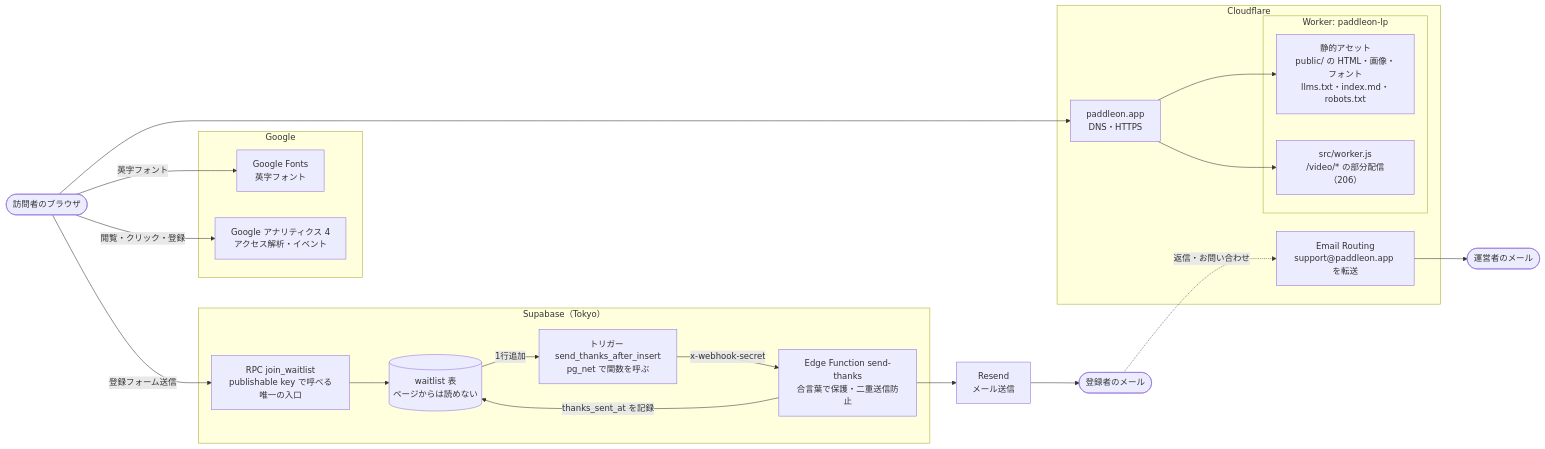
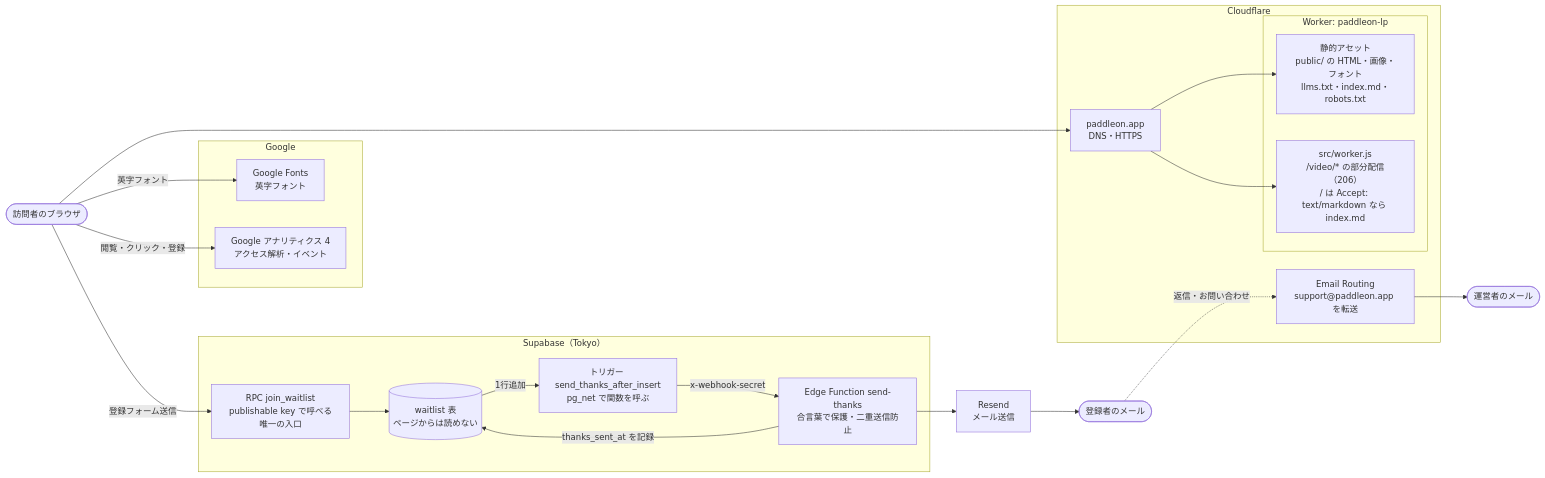
One commit to paddleon/paddleon-lp changed the first of 4 diagrams in docs/architecture.md. Above: the diagram before and after it, drawn with Mermaid. The commit also changed other lines of this file and 6 other files, not shown here.

First line of the commit message:
Markdown Negotiation に対応（Accept: text/markdown でトップページの Markdown 版を返す）

````diff
--- a/docs/architecture.md
+++ b/docs/architecture.md
@@ -7,41 +7,41 @@
 ```mermaid
 flowchart LR
   user(["訪問者のブラウザ"])
 
   subgraph CF["Cloudflare"]
     dns["paddleon.app<br/>DNS・HTTPS"]
     subgraph W["Worker: paddleon-lp"]
       assets["静的アセット<br/>public/ の HTML・画像・フォント<br/>llms.txt・index.md・robots.txt"]
-      worker["src/worker.js<br/>/video/* の部分配信（206）"]
+      worker["src/worker.js<br/>/video/* の部分配信（206）<br/>/ は Accept: text/markdown なら index.md"]
     end
     mailfwd["Email Routing<br/>support@paddleon.app を転送"]
   end
 
   subgraph G["Google"]
     gfonts["Google Fonts<br/>英字フォント"]
     ga4["Google アナリティクス 4<br/>アクセス解析・イベント"]
   end
 
   subgraph SB["Supabase（Tokyo）"]
     rpc["RPC join_waitlist<br/>publishable key で呼べる唯一の入口"]
     table[("waitlist 表<br/>ページからは読めない")]
     trigger["トリガー send_thanks_after_insert<br/>pg_net で関数を呼ぶ"]
     fn["Edge Function send-thanks<br/>合言葉で保護・二重送信防止"]
   end
 
   resend["Resend<br/>メール送信"]
   inbox(["登録者のメール"])
   owner(["運営者のメール"])
 
   user --> dns --> assets
   dns --> worker
   user -->|"英字フォント"| gfonts
   user -->|"閲覧・クリック・登録"| ga4
   user -->|"登録フォーム送信"| rpc
   rpc --> table
   table -->|"1行追加"| trigger
   trigger -->|"x-webhook-secret"| fn
   fn -->|"thanks_sent_at を記録"| table
   fn --> resend --> inbox
   inbox -.->|"返信・お問い合わせ"| mailfwd --> owner
 ```
````
